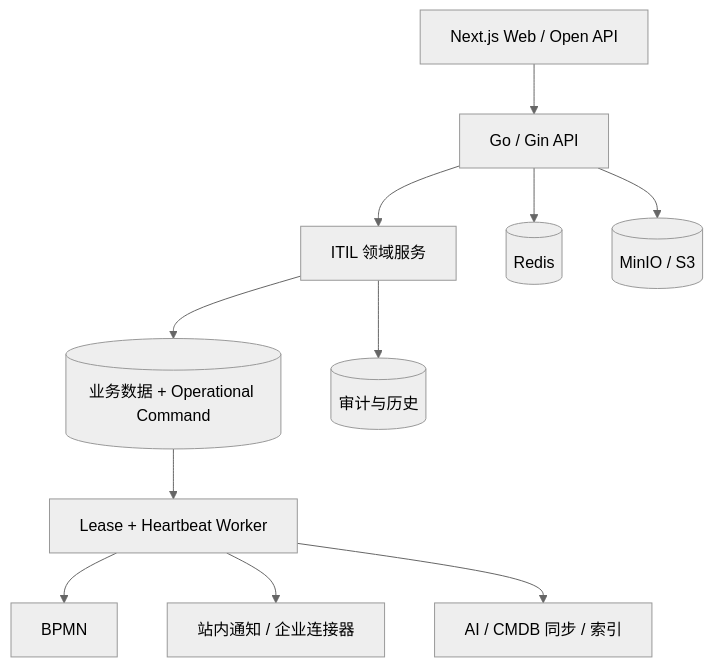
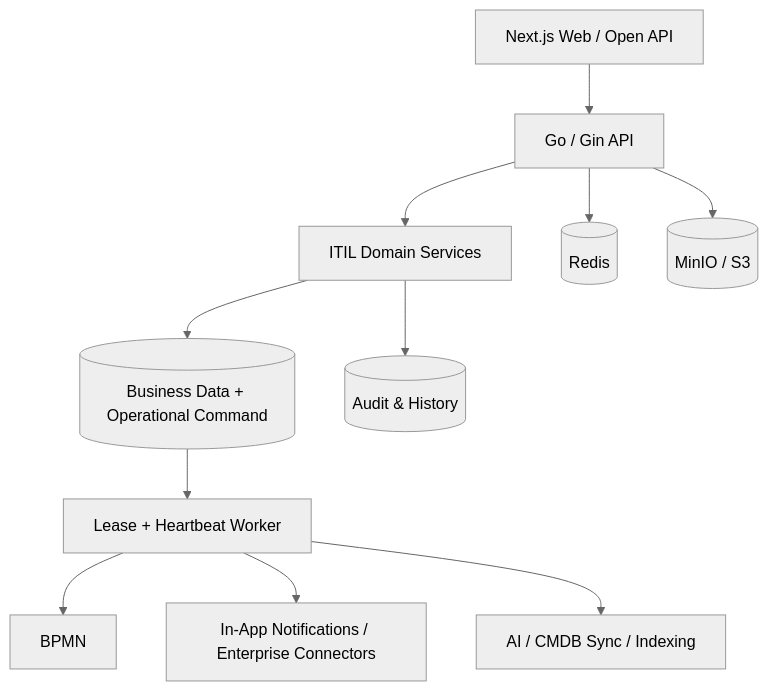
Before and after one commit to heidsoft/itsm: the second of 2 diagrams in README.md, drawn with Mermaid (neutral theme). The commit also changed other lines of this file and 836 other files, not shown here.

````diff
--- a/README.md
+++ b/README.md
@@ -352,13 +350,13 @@
 ```mermaid
 flowchart TB
     UI[Next.js Web / Open API] --> API[Go / Gin API]
-    API --> DOMAIN[ITIL 领域服务]
-    DOMAIN --> TX[(业务数据 + Operational Command)]
+    API --> DOMAIN[ITIL Domain Services]
+    DOMAIN --> TX[(Business Data + Operational Command)]
     TX --> WORKER[Lease + Heartbeat Worker]
     WORKER --> BPMN[BPMN]
-    WORKER --> NOTICE[站内通知 / 企业连接器]
-    WORKER --> FUTURE[AI / CMDB 同步 / 索引]
-    DOMAIN --> AUDIT[(审计与历史)]
+    WORKER --> NOTICE[In-App Notifications / Enterprise Connectors]
+    WORKER --> FUTURE[AI / CMDB Sync / Indexing]
+    DOMAIN --> AUDIT[(Audit & History)]
     API --> REDIS[(Redis)]
     API --> OBJECT[(MinIO / S3)]
 ```
````
